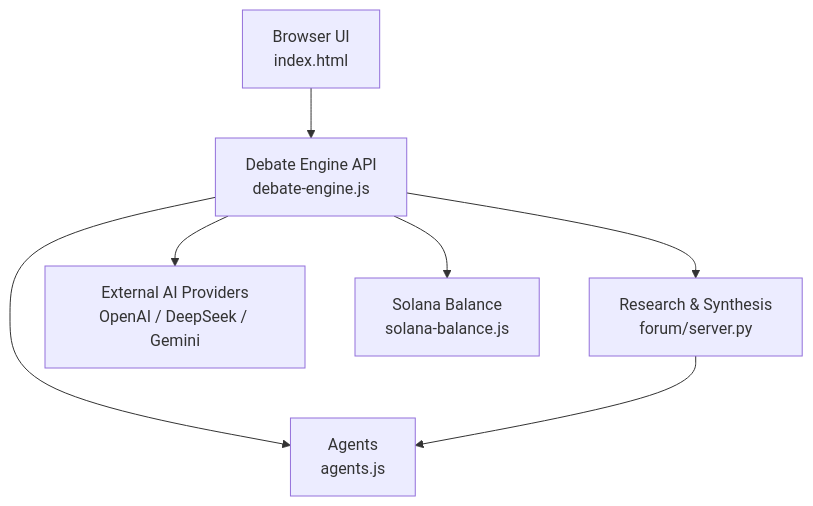
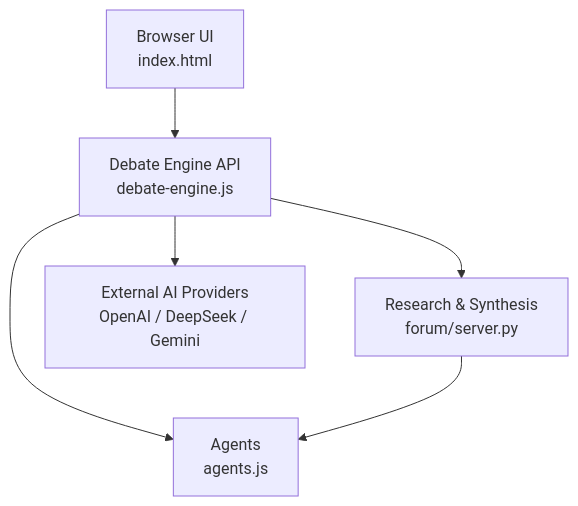
Before and after one commit to RunTimeAdmin/tri-ai: the second of 6 diagrams in .qoder/repowiki/en/content/Project Overview/Project Overview.md, drawn with Mermaid. The commit also changed other lines of this file and 46 other files, not shown here.

````diff
--- a/.qoder/repowiki/en/content/Project Overview/Project Overview.md
+++ b/.qoder/repowiki/en/content/Project Overview/Project Overview.md
@@ -88,9 +88,8 @@
 ```mermaid
 graph TB
 UI["Browser UI<br/>index.html"] --> API["Debate Engine API<br/>debate-engine.js"]
 API --> AG["Agents<br/>agents.js"]
 API --> RES["Research & Synthesis<br/>forum/server.py"]
 API --> EXT["External AI Providers<br/>OpenAI / DeepSeek / Gemini"]
-API --> WAL["Solana Balance<br/>solana-balance.js"]
 RES --> AG
 ```
````
